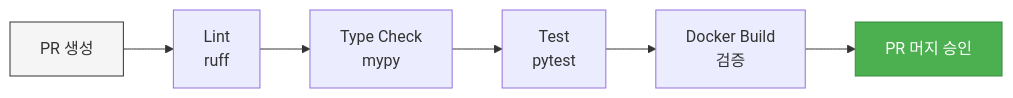
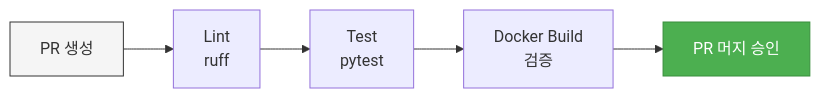
The second of 2 diagrams in README.md (OpenSource-2026/oss-health-backend), drawn with Mermaid before and after one commit. The commit also changed other lines of this file, not shown here.

````diff
--- a/README.md
+++ b/README.md
@@ -247,11 +258,10 @@
 ```mermaid
 graph LR
     A[PR 생성] --> B[Lint\nruff]
-    B --> C[Type Check\nmypy]
-    C --> D[Test\npytest]
-    D --> E[Docker Build\n검증]
-    E --> F[PR 머지 승인]
+    B --> C[Test\npytest]
+    C --> D[Docker Build\n검증]
+    D --> E[PR 머지 승인]
 
     style A fill:#f5f5f5,stroke:#333
-    style F fill:#4CAF50,stroke:#388E3C,color:#fff
+    style E fill:#4CAF50,stroke:#388E3C,color:#fff
 ```
````
